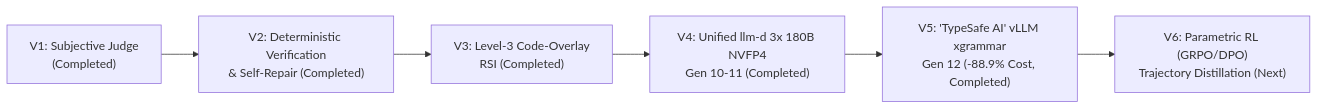
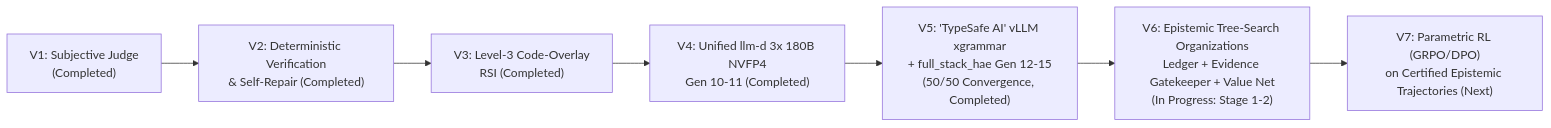
The diagram in README.md (SinaChavoshi/hierarchical-agent-evolution), drawn with Mermaid before and after one commit. The commit also changed other lines of this file and 2 other files, not shown here.

Commit message:
docs(v6): add Epistemic Tree-Search roadmap — Graepel 'LLMs don't reason' diff vs prior MCTS plan, Gen 15 plateau audit, Fifth Core Law; defer RL to V7

````diff
--- a/README.md
+++ b/README.md
@@ -72,8 +74,9 @@
 ```mermaid
 flowchart LR
     V1["V1: Subjective Judge<br/>(Completed)"] --> V2["V2: Deterministic Verification<br/>& Self-Repair (Completed)"]
     V2 --> V3["V3: Level-3 Code-Overlay<br/>RSI (Completed)"]
     V3 --> V4["V4: Unified llm-d 3x 180B NVFP4<br/>Gen 10-11 (Completed)"]
-    V4 --> V5["V5: 'TypeSafe AI' vLLM xgrammar<br/>Gen 12 (-88.9% Cost, Completed)"]
-    V5 --> V6["V6: Parametric RL (GRPO/DPO)<br/>Trajectory Distillation (Next)"]
+    V4 --> V5["V5: 'TypeSafe AI' vLLM xgrammar<br/>+ full_stack_hae Gen 12-15<br/>(50/50 Convergence, Completed)"]
+    V5 --> V6["V6: Epistemic Tree-Search Organizations<br/>Ledger + Evidence Gatekeeper + Value Net<br/>(In Progress: Stage 1-2)"]
+    V6 --> V7["V7: Parametric RL (GRPO/DPO)<br/>on Certified Epistemic Trajectories (Next)"]
 ```
````
